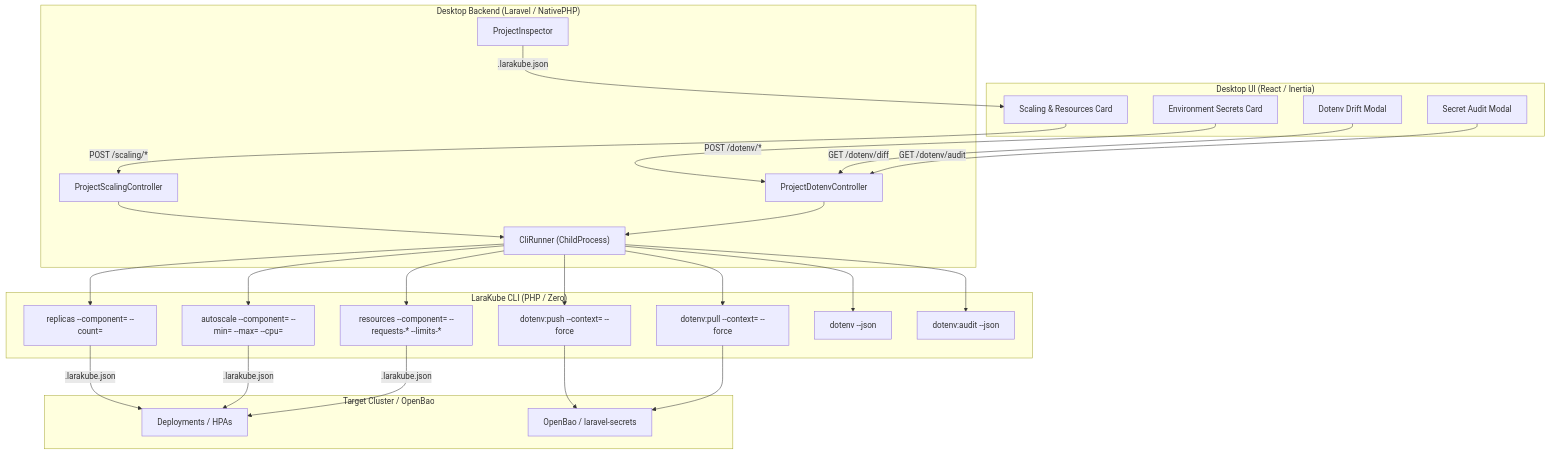
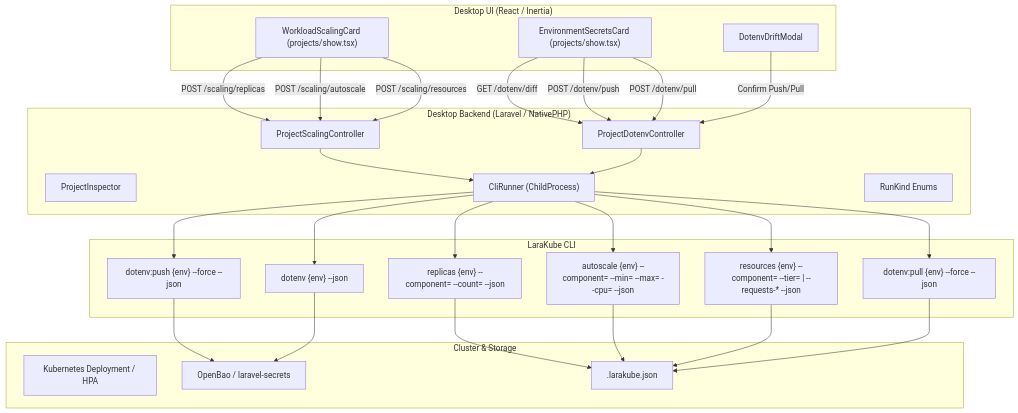
One commit to luchavez-technologies/larakube-cli changed the diagram in plans/active/project-operations-and-scaling.md. Above: the diagram before and after it, drawn with Mermaid. The commit also changed other lines of this file and 8 other files, not shown here.

Commit message:
feat(cli): add non-interactive flags and machine-readable json output for scaling and dotenv commands

````diff
--- a/plans/active/project-operations-and-scaling.md
+++ b/plans/active/project-operations-and-scaling.md
@@ -22,54 +30,55 @@
 ```mermaid
 flowchart TD
-    subgraph Desktop UI ["Desktop UI (React / Inertia)"]
-        SC["Scaling & Resources Card"]
-        EC["Environment Secrets Card"]
-        DiffModal["Dotenv Drift Modal"]
-        AuditModal["Secret Audit Modal"]
+    subgraph DesktopUI ["Desktop UI (React / Inertia)"]
+        WSC["WorkloadScalingCard (projects/show.tsx)"]
+        ESC["EnvironmentSecretsCard (projects/show.tsx)"]
+        DiffModal["DotenvDriftModal"]
     end
 
-    subgraph Desktop Backend ["Desktop Backend (Laravel / NativePHP)"]
+    subgraph DesktopBackend ["Desktop Backend (Laravel / NativePHP)"]
         PSC["ProjectScalingController"]
         PDC["ProjectDotenvController"]
         PI["ProjectInspector"]
         CR["CliRunner (ChildProcess)"]
+        RK["RunKind Enums"]
     end
 
-    subgraph CLI Engine ["LaraKube CLI (PHP / Zero)"]
-        RepCmd["replicas --component= --count="]
-        AutoCmd["autoscale --component= --min= --max= --cpu="]
-        ResCmd["resources --component= --requests-* --limits-*"]
-        DotPush["dotenv:push --context= --force"]
-        DotPull["dotenv:pull --context= --force"]
-        DotDiff["dotenv --json"]
-        DotAudit["dotenv:audit --json"]
+    subgraph CLI ["LaraKube CLI"]
+        RepCmd["replicas {env} --component= --count= --json"]
+        AutoCmd["autoscale {env} --component= --min= --max= --cpu= --json"]
+        ResCmd["resources {env} --component= --tier= | --requests-* --json"]
+        DotCmd["dotenv {env} --json"]
+        DotPush["dotenv:push {env} --force --json"]
+        DotPull["dotenv:pull {env} --force --json"]
     end
 
-    subgraph Cluster ["Target Cluster / OpenBao"]
-        K8s["Deployments / HPAs"]
+    subgraph ClusterState ["Cluster & Storage"]
+        K8s["Kubernetes Deployment / HPA"]
         Vault["OpenBao / laravel-secrets"]
+        Blueprint[".larakube.json"]
     end
 
-    SC -->|POST /scaling/*| PSC
-    EC -->|POST /dotenv/*| PDC
-    DiffModal -->|GET /dotenv/diff| PDC
-    AuditModal -->|GET /dotenv/audit| PDC
+    WSC -->|POST /scaling/replicas| PSC
+    WSC -->|POST /scaling/autoscale| PSC
+    WSC -->|POST /scaling/resources| PSC
+    ESC -->|GET /dotenv/diff| PDC
+    ESC -->|POST /dotenv/push| PDC
+    ESC -->|POST /dotenv/pull| PDC
+    DiffModal -->|Confirm Push/Pull| PDC
 
     PSC --> CR
     PDC --> CR
-    PI -->|.larakube.json| SC
-
     CR --> RepCmd
     CR --> AutoCmd
     CR --> ResCmd
+    CR --> DotCmd
     CR --> DotPush
     CR --> DotPull
-    CR --> DotDiff
-    CR --> DotAudit
 
-    RepCmd -->|.larakube.json| K8s
-    AutoCmd -->|.larakube.json| K8s
-    ResCmd -->|.larakube.json| K8s
+    RepCmd --> Blueprint
+    AutoCmd --> Blueprint
+    ResCmd --> Blueprint
     DotPush --> Vault
-    DotPull --> Vault
+    DotPull --> Blueprint
+    DotCmd --> Vault
 ```
````
